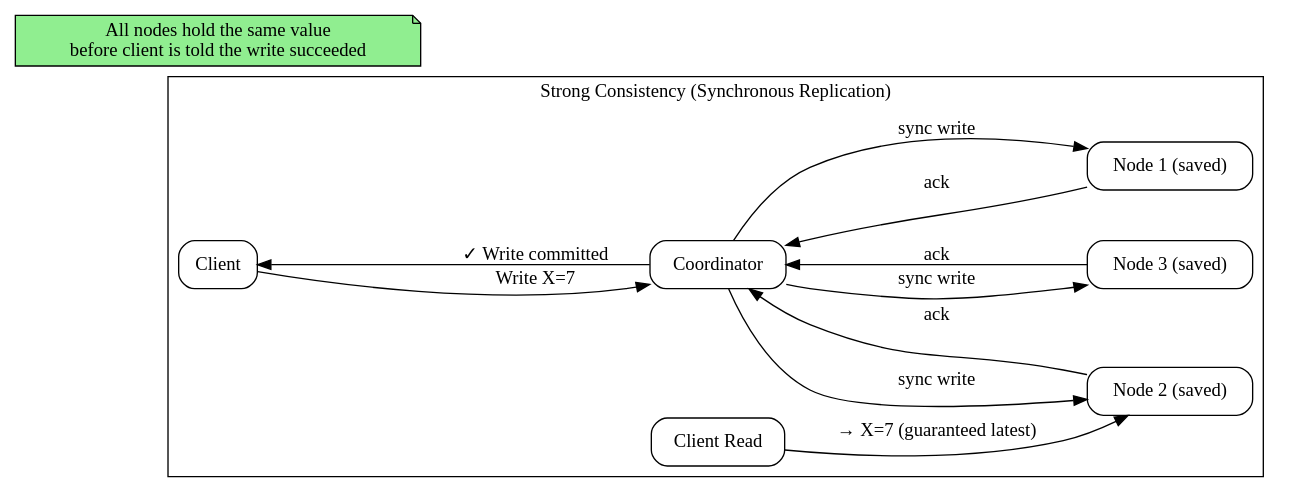
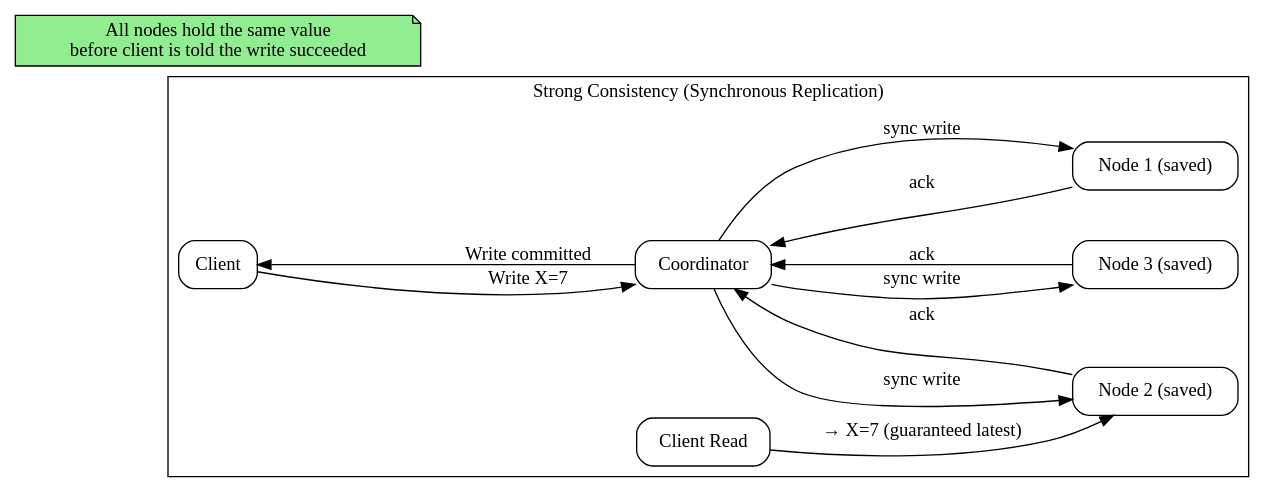
Before and after one commit to animishraa05/animishraa05.github.io: the diagram in content/wiki/system-design/strong-consistency.md, drawn with Graphviz. The commit also changed 25 other files, not shown here.

````diff
--- a/content/wiki/system-design/strong-consistency.md
+++ b/content/wiki/system-design/strong-consistency.md
@@ -26,28 +26,28 @@
 ```dot
 digraph G {
   rankdir=LR;
   node [shape=box, style=rounded];
 
   subgraph cluster_strong {
     label="Strong Consistency (Synchronous Replication)";
 
     client [label="Client"];
     coord [label="Coordinator"];
     n1 [label="Node 1 (saved)"];
     n2 [label="Node 2 (saved)"];
     n3 [label="Node 3 (saved)"];
 
     client -> coord [label="Write X=7"];
     coord -> {n1 n2 n3} [label="sync write"];
     n1 -> coord [label="ack"];
     n2 -> coord [label="ack"];
     n3 -> coord [label="ack"];
-    coord -> client [label="✓ Write committed"];
+    coord -> client [label=" Write committed"];
 
     reader [label="Client Read"];
     reader -> n2 [label="→ X=7 (guaranteed latest)"];
   }
 
   note [label="All nodes hold the same value\nbefore client is told the write succeeded", shape=note, style=filled, fillcolor=lightgreen];
 }
 ```
````
